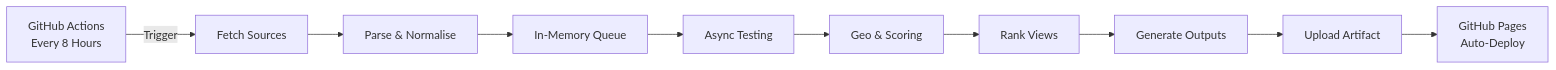
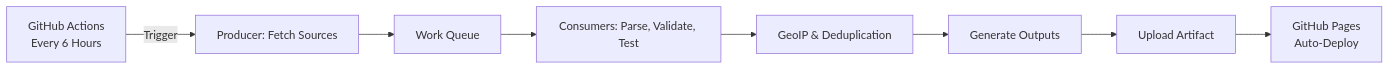
Before and after one commit to AmirrezaFarnamTaheri/ConfigStream: the diagram in README.md, drawn with Mermaid. The commit also changed other lines of this file and 74 other files, not shown here.

````diff
--- a/README.md
+++ b/README.md
@@ -60,12 +36,10 @@
 ```mermaid
 graph LR
-    A[GitHub Actions<br/>Every 8 Hours] -->|Trigger| B[Fetch Sources]
-    B --> C[Parse & Normalise]
-    C --> D[In-Memory Queue]
-    D --> E[Async Testing]
-    E --> F[Geo & Scoring]
-    F --> G[Rank Views]
-    G --> H[Generate Outputs]
-    H --> I[Upload Artifact]
-    I --> J[GitHub Pages<br/>Auto-Deploy]
+    A[GitHub Actions<br/>Every 6 Hours] -->|Trigger| B[Producer: Fetch Sources]
+    B --> C[Work Queue]
+    C --> D[Consumers: Parse, Validate, Test]
+    D --> E[GeoIP & Deduplication]
+    E --> F[Generate Outputs]
+    F --> G[Upload Artifact]
+    G --> H[GitHub Pages<br/>Auto-Deploy]
 ```
````
